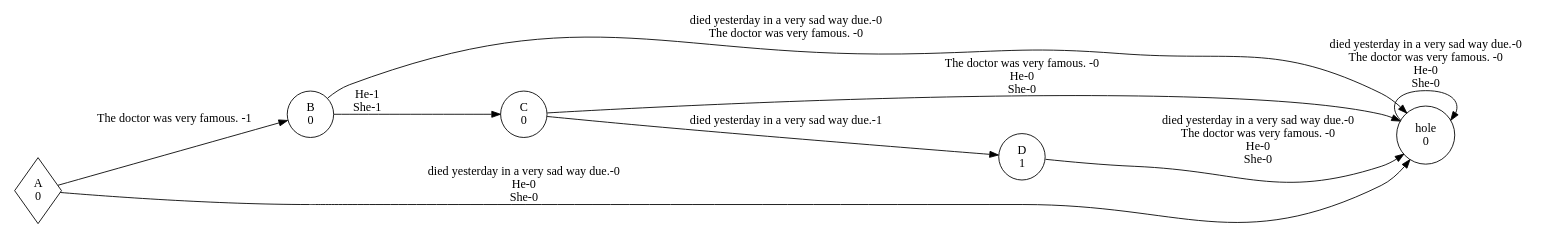
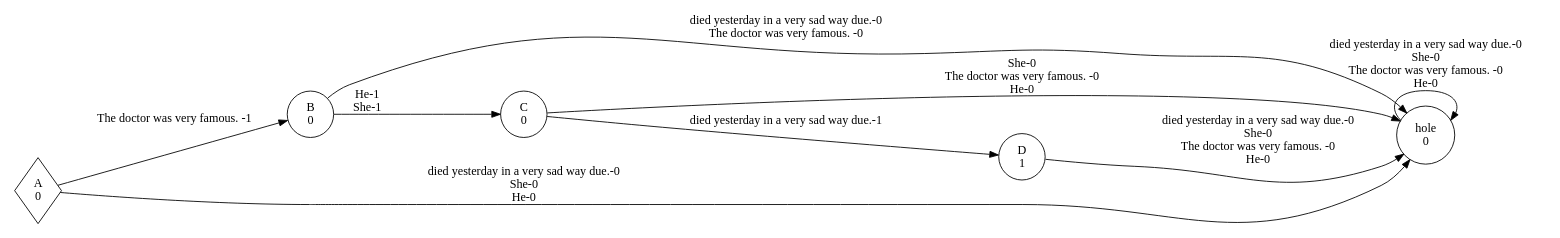
Before and after one commit to kidnixt/pdfa_extraction: the diagram in EXPERIMENT_doctor_post_branching/DOCTOR_WFA_8.dot, drawn with Graphviz. The commit also changed 31 other files, not shown here.

```diff
--- a/EXPERIMENT_doctor_post_branching/DOCTOR_WFA_8.dot
+++ b/EXPERIMENT_doctor_post_branching/DOCTOR_WFA_8.dot
@@ -1,34 +1,34 @@
 digraph weighted_automaton {
 	margin=0 rankdir=LR size=15
 	node [shape=circle]
 	A [label="A
 0" shape=diamond]
 	A -> B [label="The doctor was very famous. -1"]
 	A -> hole [label="died yesterday in a very sad way due.-0
-He-0
-She-0"]
+She-0
+He-0"]
 	B [label="B
 0"]
 	B -> C [label="He-1
 She-1"]
 	B -> hole [label="died yesterday in a very sad way due.-0
 The doctor was very famous. -0"]
 	C [label="C
 0"]
 	C -> D [label="died yesterday in a very sad way due.-1"]
-	C -> hole [label="The doctor was very famous. -0
-He-0
-She-0"]
+	C -> hole [label="She-0
+The doctor was very famous. -0
+He-0"]
 	D [label="D
 1"]
 	D -> hole [label="died yesterday in a very sad way due.-0
+She-0
 The doctor was very famous. -0
-He-0
-She-0"]
+He-0"]
 	hole [label="hole
 0"]
 	hole -> hole [label="died yesterday in a very sad way due.-0
+She-0
 The doctor was very famous. -0
-He-0
-She-0"]
+He-0"]
 }
```
